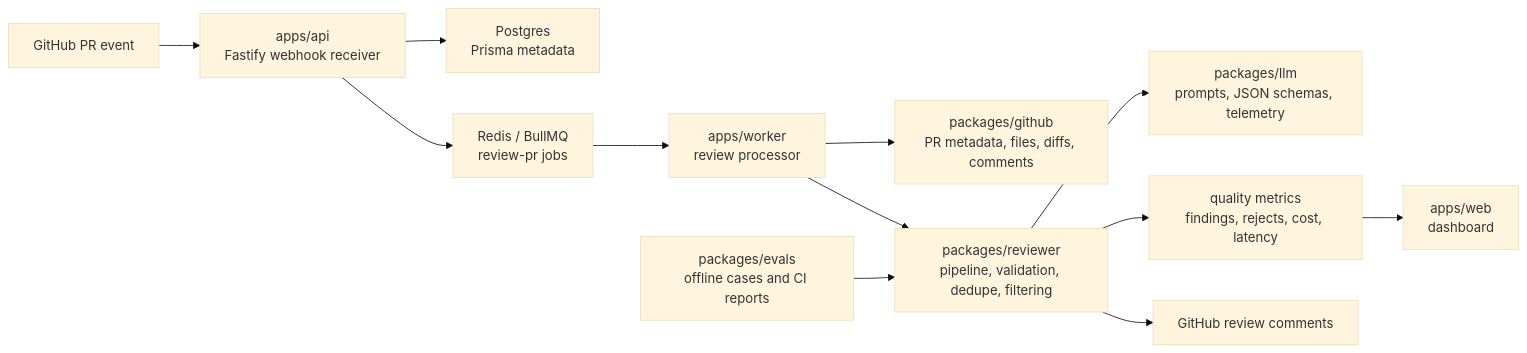
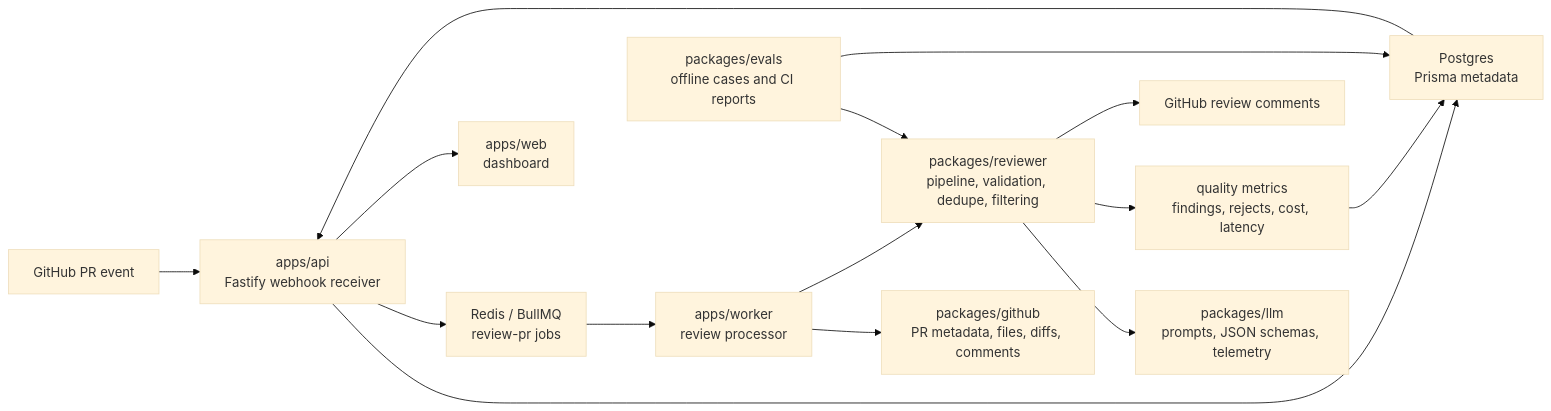
The diagram in README.md (mmbilal2725/diffguard-AI), drawn with Mermaid (base theme) before and after one commit. The commit also changed other lines of this file and 19 other files, not shown here.

````diff
--- a/README.md
+++ b/README.md
@@ -58,14 +63,17 @@
 ```mermaid
 flowchart LR
   GH["GitHub PR event"] --> API["apps/api<br/>Fastify webhook receiver"]
   API --> DB["Postgres<br/>Prisma metadata"]
   API --> Q["Redis / BullMQ<br/>review-pr jobs"]
   Q --> W["apps/worker<br/>review processor"]
   W --> GHPkg["packages/github<br/>PR metadata, files, diffs, comments"]
   W --> Reviewer["packages/reviewer<br/>pipeline, validation, dedupe, filtering"]
   Reviewer --> LLMPkg["packages/llm<br/>prompts, JSON schemas, telemetry"]
   Reviewer --> Metrics["quality metrics<br/>findings, rejects, cost, latency"]
   Reviewer --> Comments["GitHub review comments"]
-  Metrics --> Web["apps/web<br/>dashboard"]
+  Metrics --> DB
+  DB --> API
+  API --> Web["apps/web<br/>dashboard"]
   Evals["packages/evals<br/>offline cases and CI reports"] --> Reviewer
+  Evals --> DB
 ```
````
